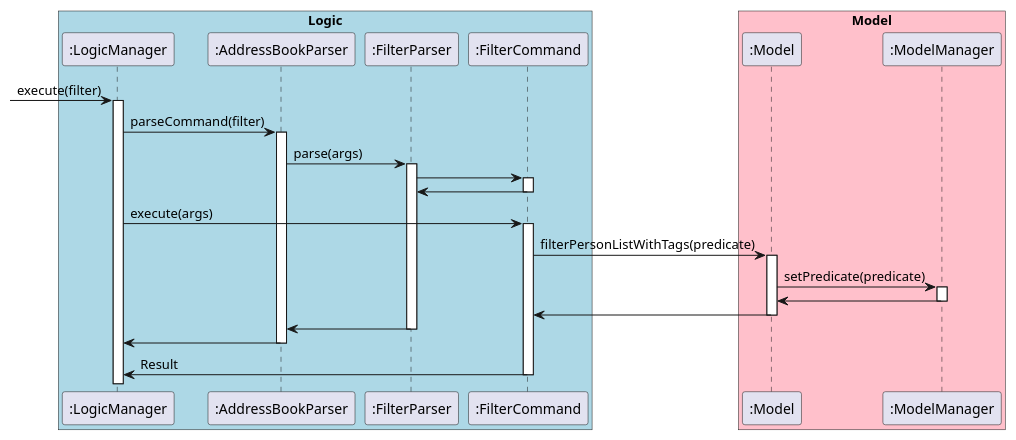
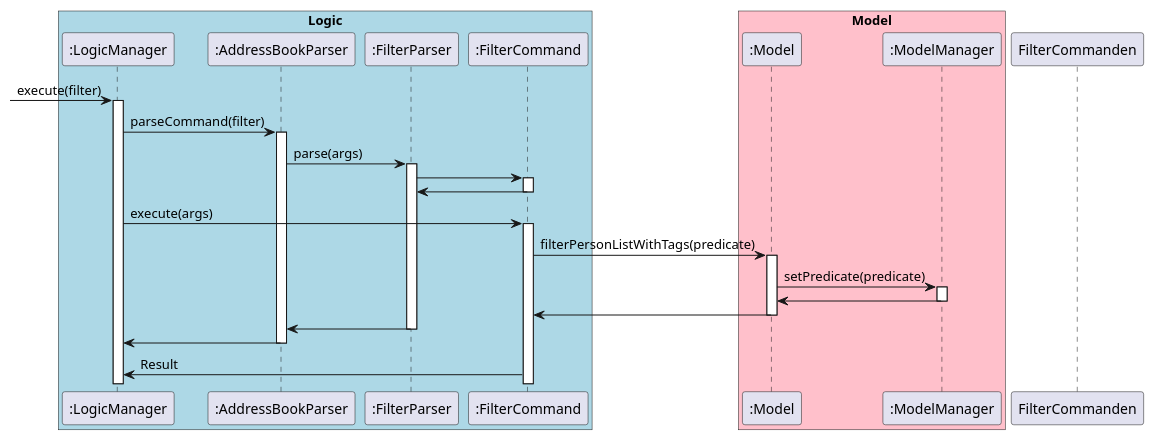
One commit to nus-cs2103-AY2223S1/tp changed the diagram in docs/diagrams/FilterCommandSequenceDiagram.puml. Above: the diagram before and after it, drawn with PlantUML.

```diff
--- a/docs/diagrams/FilterCommandSequenceDiagram.puml
+++ b/docs/diagrams/FilterCommandSequenceDiagram.puml
@@ -1,53 +1,53 @@
 @startuml
 box "Logic" #LightBlue
 participant ":LogicManager" as LM
 participant ":AddressBookParser" as ABParser
 participant ":FilterParser" as FParser
 participant ":FilterCommand" as FilterCommand
 end box
 
 box "Model" #Pink
 participant ":Model" as Model
 participant ":ModelManager" as MM
 end box
 
 [-> LM : execute(filter)
 activate LM
 
 LM -> ABParser : parseCommand(filter)
 activate ABParser
 
 ABParser -> FParser : parse(args)
 activate FParser
 
 FParser -> FilterCommand
 activate FilterCommand
 
 FilterCommand -> FParser
 deactivate FilterCommand
 
 LM -> FilterCommand : execute(args)
 activate FilterCommand
 
 FilterCommand -> Model : filterPersonListWithTags(predicate)
 activate Model
 
 Model -> MM : setPredicate(predicate)
 activate MM
 
 MM -> Model
 deactivate MM
 
 Model -> FilterCommand
 deactivate Model
 
 FParser -> ABParser
 deactivate FParser
 
 ABParser -> LM
 deactivate ABParser
 
 FilterCommand -> LM : Result
-deactivate FilterCommand
+deactivate FilterCommanden
 
 @enduml
```
